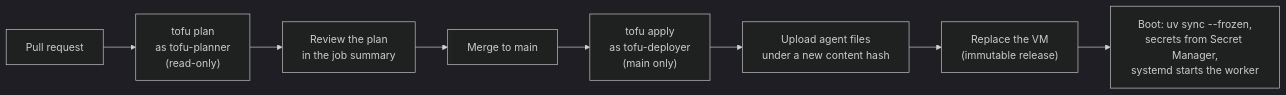
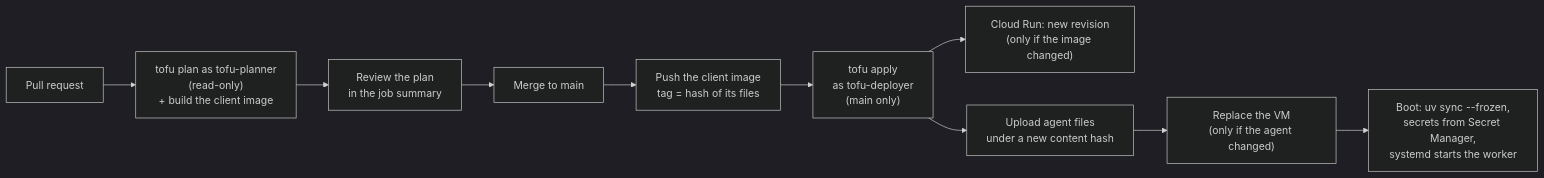
One commit to esakrissa/mini-kulu-real-time changed the third of 3 diagrams in docs/architecture.md. Above: the diagram before and after it, drawn with Mermaid (dark theme). The commit also changed other lines of this file and 6 other files, not shown here.

First line of the commit message:
Docs for the hosted client: domain link, new call screenshots, current architecture

````diff
--- a/docs/architecture.md
+++ b/docs/architecture.md
@@ -97,10 +110,12 @@
 ```mermaid
 flowchart LR
-    pr["Pull request"] --> plan["tofu plan<br/>as tofu-planner<br/>(read-only)"]
+    pr["Pull request"] --> plan["tofu plan as tofu-planner<br/>(read-only)<br/>+ build the client image"]
     plan --> review["Review the plan<br/>in the job summary"]
     review --> merge["Merge to main"]
-    merge --> apply["tofu apply<br/>as tofu-deployer<br/>(main only)"]
+    merge --> push["Push the client image<br/>tag = hash of its files"]
+    push --> apply["tofu apply<br/>as tofu-deployer<br/>(main only)"]
+    apply --> run["Cloud Run: new revision<br/>(only if the image changed)"]
     apply --> upload["Upload agent files<br/>under a new content hash"]
-    upload --> replace["Replace the VM<br/>(immutable release)"]
+    upload --> replace["Replace the VM<br/>(only if the agent changed)"]
     replace --> boot["Boot: uv sync --frozen,<br/>secrets from Secret Manager,<br/>systemd starts the worker"]
 ```
````
